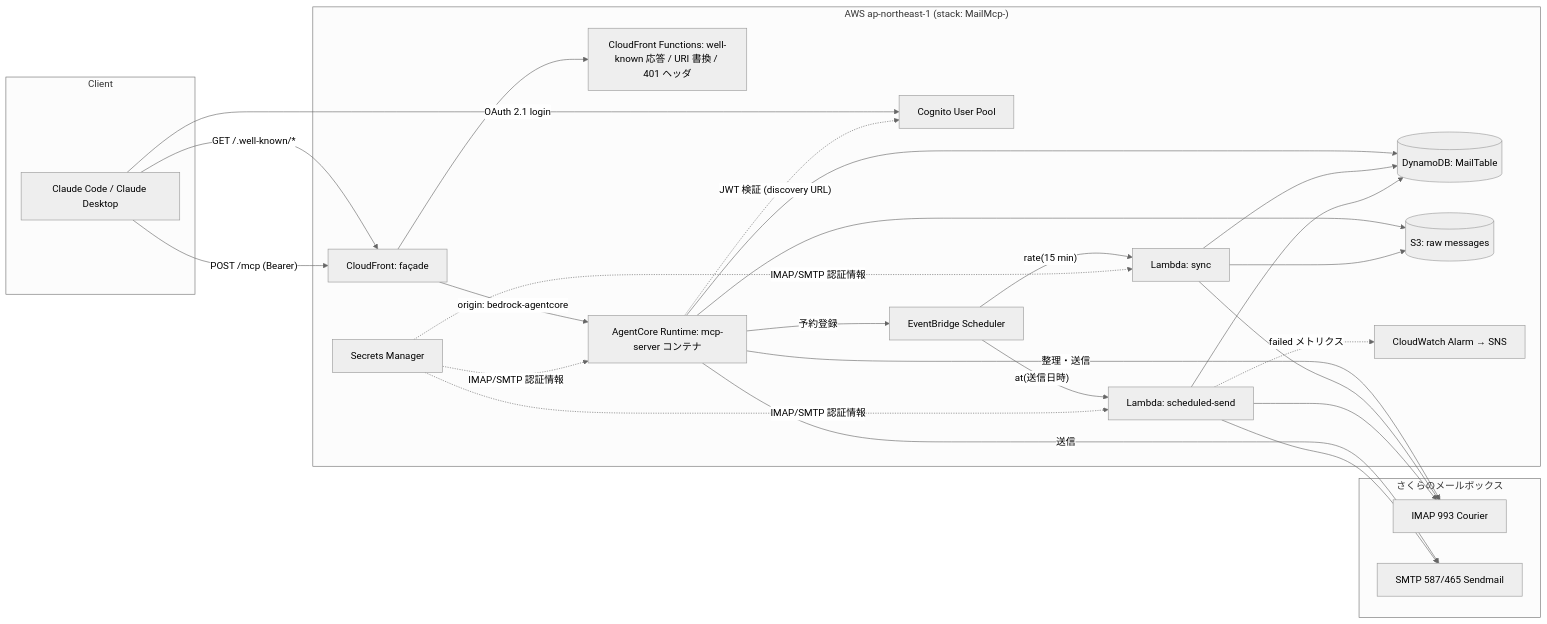
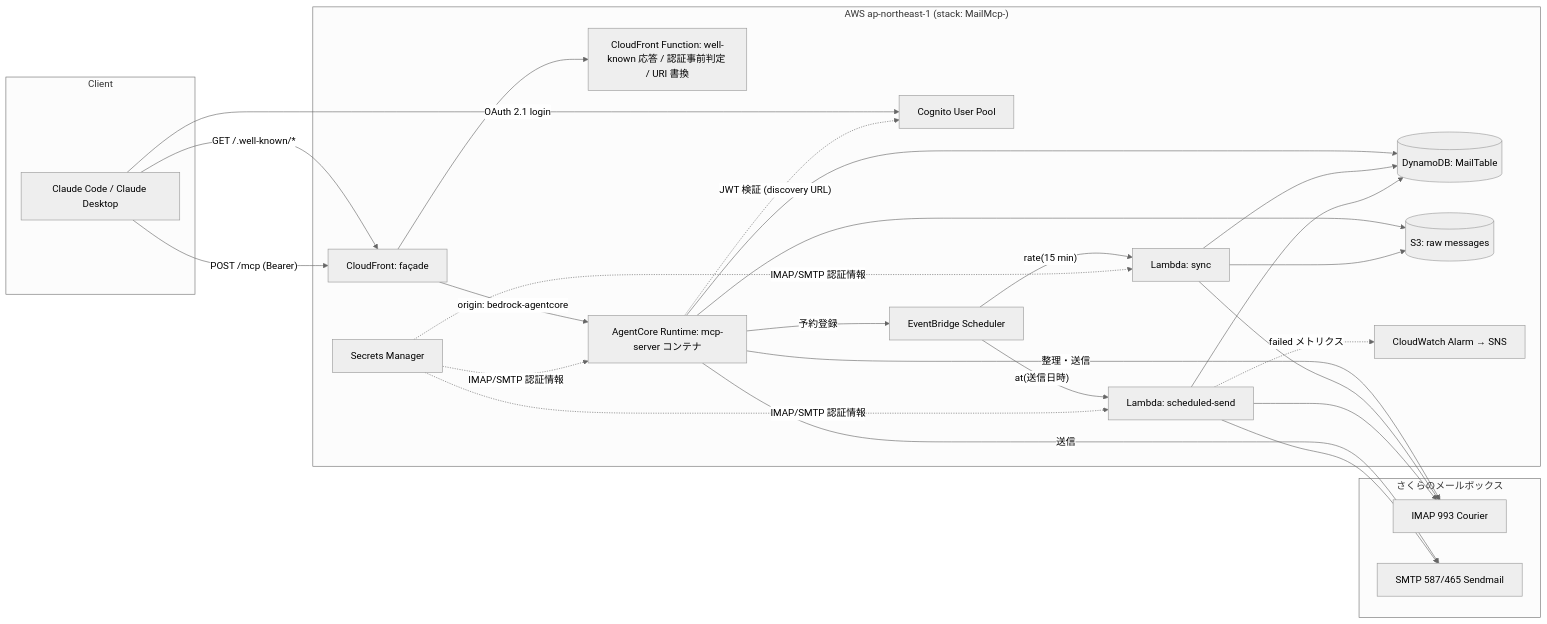
The diagram in .spec/design.md (hamazlabo/mcp-mail-manager), drawn with Mermaid (neutral theme) before and after one commit. The commit also changed other lines of this file and 9 other files, not shown here.

First line of the commit message:
façade: 401 の WWW-Authenticate を viewer-request で返す（CloudFront はオリジンのエラー応答で viewer-response を呼ばない）

````diff
--- a/.spec/design.md
+++ b/.spec/design.md
@@ -8,42 +8,42 @@
 ```mermaid
 flowchart LR
   subgraph Client
     CC[Claude Code / Claude Desktop]
   end
   subgraph AWS["AWS ap-northeast-1 (stack: MailMcp-<stage>)"]
     CF[CloudFront: façade]
-    CFF[CloudFront Functions: well-known 応答 / URI 書換 / 401 ヘッダ]
+    CFF[CloudFront Function: well-known 応答 / 認証事前判定 / URI 書換]
     MCP[AgentCore Runtime: mcp-server コンテナ]
     SYNC[Lambda: sync]
     SEND[Lambda: scheduled-send]
     COG[Cognito User Pool]
     DDB[(DynamoDB: MailTable)]
     S3[(S3: raw messages)]
     SM[Secrets Manager]
     SCH[EventBridge Scheduler]
     ALM[CloudWatch Alarm → SNS]
   end
   subgraph Sakura["さくらのメールボックス"]
     IMAP[IMAP 993 Courier]
     SMTP[SMTP 587/465 Sendmail]
   end
   CC -- OAuth 2.1 login --> COG
   CC -- GET /.well-known/* --> CF --> CFF
   CC -- POST /mcp (Bearer) --> CF -- origin: bedrock-agentcore --> MCP
   MCP -. JWT 検証 (discovery URL) .-> COG
   MCP --> DDB
   MCP --> S3
   MCP -- 整理・送信 --> IMAP
   MCP -- 送信 --> SMTP
   MCP -- 予約登録 --> SCH
   SCH -- rate(15 min) --> SYNC
   SCH -- at(送信日時) --> SEND
   SYNC --> IMAP
   SYNC --> S3
   SYNC --> DDB
   SEND --> DDB
   SEND --> SMTP
   SEND --> IMAP
   SM -. IMAP/SMTP 認証情報 .-> MCP & SYNC & SEND
   SEND -. failed メトリクス .-> ALM
 ```
````
